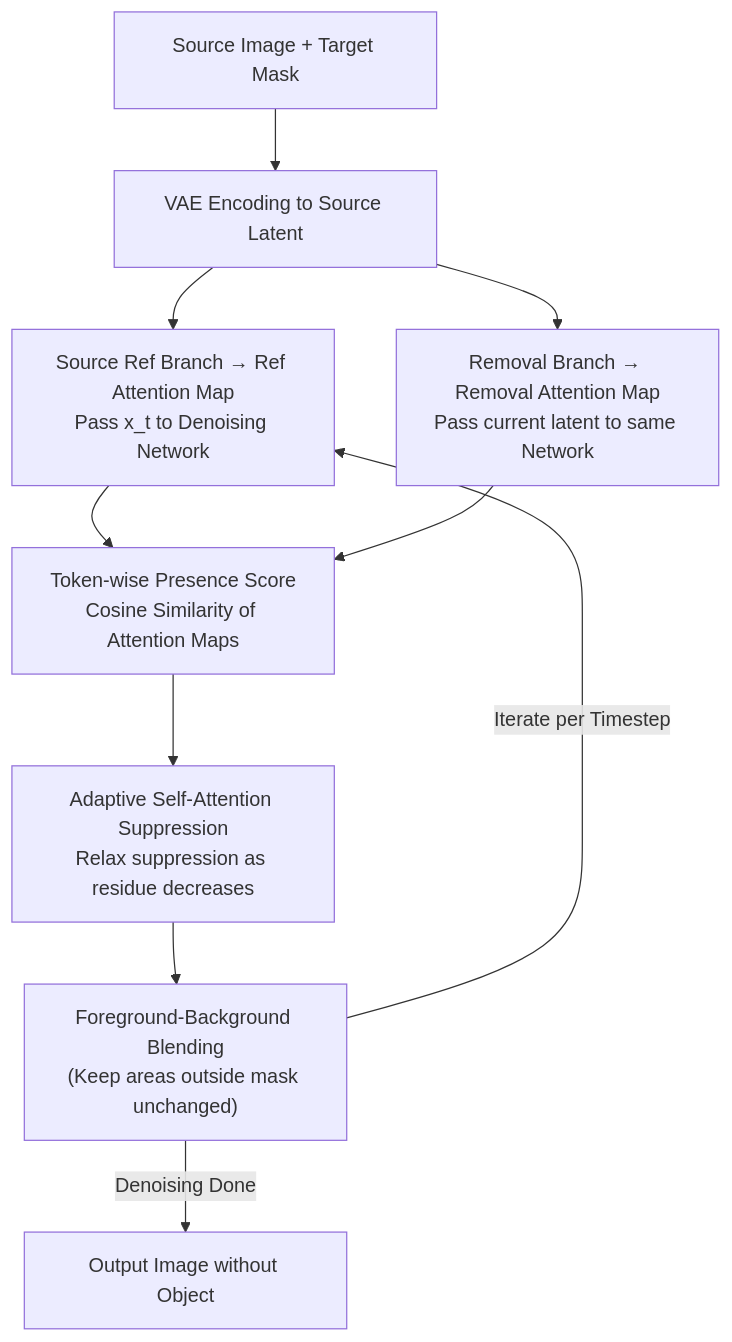
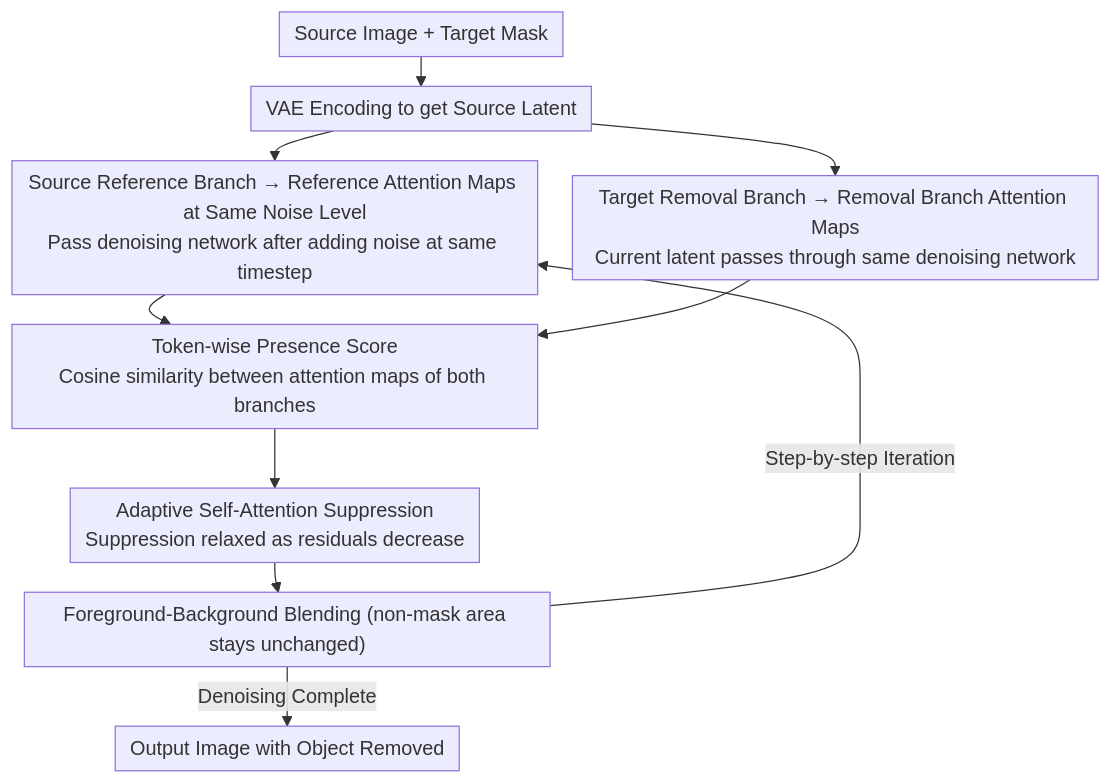
One commit to zhaoyang97/Paper-Notes-en changed the diagram in docs/ICML2026/image_generation/adaeraser_training-free_object_removal_via_adaptive_attention_suppression.md. Above: the diagram before and after it, drawn with Mermaid. The commit also changed other lines of this file and 5084 other files, not shown here.

````diff
--- a/docs/ICML2026/image_generation/adaeraser_training-free_object_removal_via_adaptive_attention_suppression.md
+++ b/docs/ICML2026/image_generation/adaeraser_training-free_object_removal_via_adaptive_attention_suppression.md
@@ -45,12 +45,13 @@
 ```mermaid
+%%{init: {'flowchart': {'rankSpacing': 24, 'nodeSpacing': 28, 'padding': 6, 'wrappingWidth': 400}}}%%
 flowchart TD
-    I["Source Image + Target Mask"] --> ENC["VAE Encoding to Source Latent"]
-    ENC --> SRC["Source Ref Branch → Ref Attention Map<br/>Pass x_t to Denoising Network"]
-    ENC --> TGT["Removal Branch → Removal Attention Map<br/>Pass current latent to same Network"]
-    SRC --> PS["Token-wise Presence Score<br/>Cosine Similarity of Attention Maps"]
+    I["Source Image + Target Mask"] --> ENC["VAE Encoding to get Source Latent"]
+    ENC --> SRC["Source Reference Branch → Reference Attention Maps at Same Noise Level<br/>Pass denoising network after adding noise at same timestep"]
+    ENC --> TGT["Target Removal Branch → Removal Branch Attention Maps<br/>Current latent passes through same denoising network"]
+    SRC --> PS["Token-wise Presence Score<br/>Cosine similarity between attention maps of both branches"]
     TGT --> PS
-    PS --> SUP["Adaptive Self-Attention Suppression<br/>Relax suppression as residue decreases"]
-    SUP --> BL["Foreground-Background Blending<br/>(Keep areas outside mask unchanged)"]
-    BL -->|Iterate per Timestep| SRC
-    BL -->|Denoising Done| OUT["Output Image without Object"]
+    PS --> SUP["Adaptive Self-Attention Suppression<br/>Suppression relaxed as residuals decrease"]
+    SUP --> BL["Foreground-Background Blending (non-mask area stays unchanged)"]
+    BL -->|Step-by-step Iteration| SRC
+    BL -->|Denoising Complete| OUT["Output Image with Object Removed"]
 ```
````
